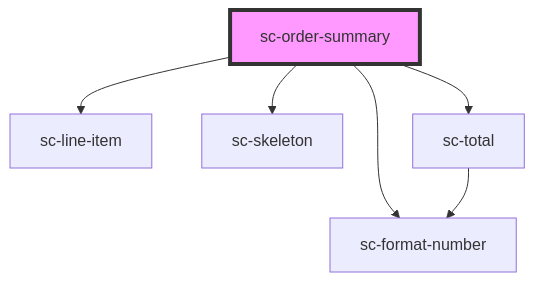
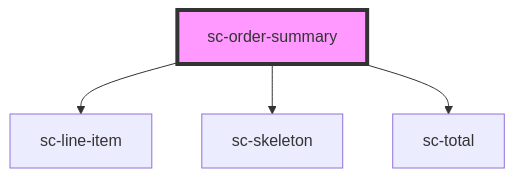
Before and after one commit to surecart/surecart-wp-plugin: the diagram in packages/components/src/components/controllers/checkout-form/order-summary/readme.md, drawn with Mermaid. The commit also changed other lines of this file and 37 other files, not shown here.

````diff
--- a/packages/components/src/components/controllers/checkout-form/order-summary/readme.md
+++ b/packages/components/src/components/controllers/checkout-form/order-summary/readme.md
@@ -40,9 +39,7 @@
 ```mermaid
 graph TD;
   sc-order-summary --> sc-line-item
   sc-order-summary --> sc-skeleton
-  sc-order-summary --> sc-format-number
   sc-order-summary --> sc-total
-  sc-total --> sc-format-number
   style sc-order-summary fill:#f9f,stroke:#333,stroke-width:4px
 ```
````
